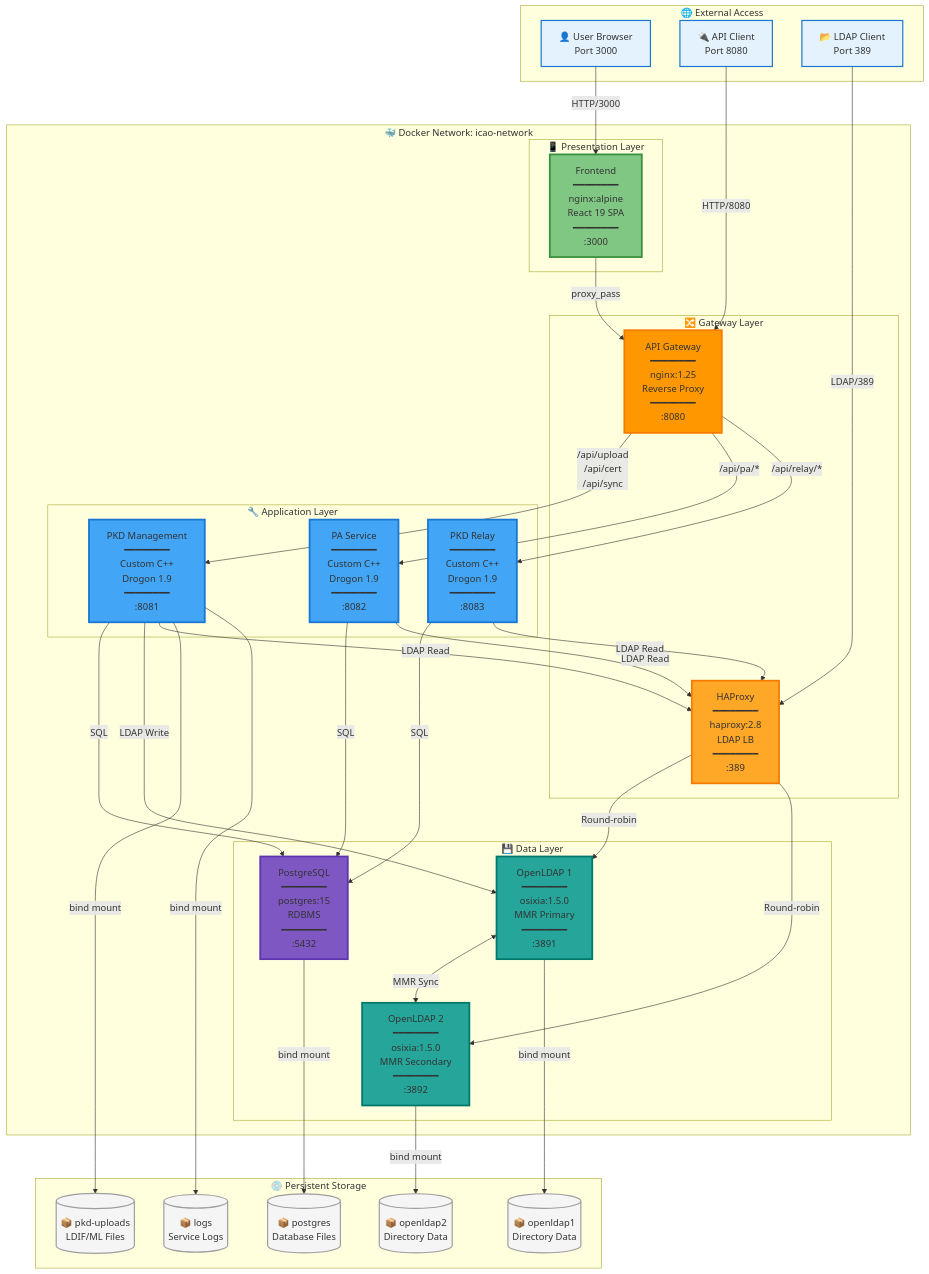
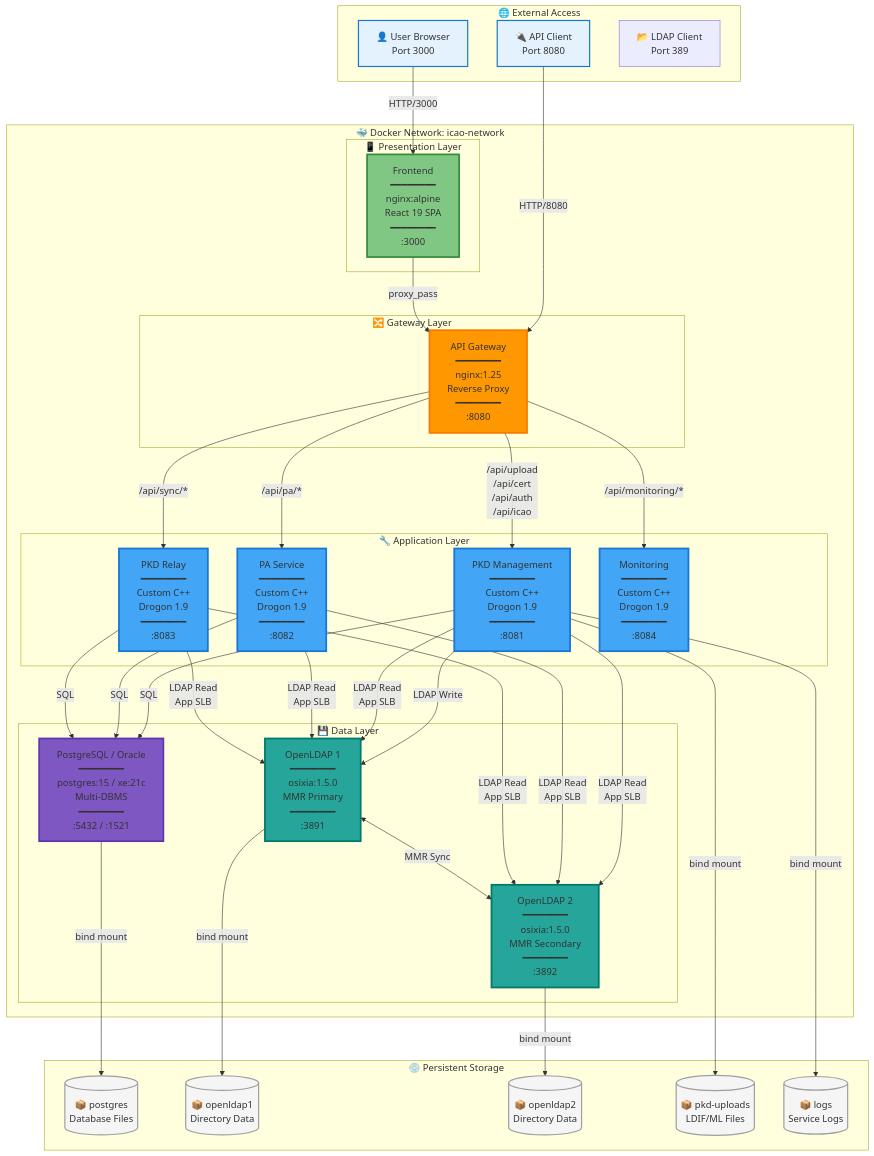
Diagram 13 of 16 in docs/SOFTWARE_ARCHITECTURE.md (iland112/icao-local-pkd-cpp), drawn with Mermaid before and after one commit. The commit also changed other lines of this file and 7 other files, not shown here.

First line of the commit message:
docs: Update all documentation to v2.11.0 — architecture rewrite, security audit resolution, version sync

```diff
--- a/docs/SOFTWARE_ARCHITECTURE.md
+++ b/docs/SOFTWARE_ARCHITECTURE.md
@@ -966,17 +1038,17 @@
 
         subgraph Gateway["🔀 Gateway Layer"]
             APIGateway["API Gateway<br/>━━━━━━━━<br/>nginx:1.25<br/>Reverse Proxy<br/>━━━━━━━━<br/>:8080"]
-            HAProxy["HAProxy<br/>━━━━━━━━<br/>haproxy:2.8<br/>LDAP LB<br/>━━━━━━━━<br/>:389"]
         end
 
         subgraph Application["🔧 Application Layer"]
             PKD["PKD Management<br/>━━━━━━━━<br/>Custom C++<br/>Drogon 1.9<br/>━━━━━━━━<br/>:8081"]
             PA["PA Service<br/>━━━━━━━━<br/>Custom C++<br/>Drogon 1.9<br/>━━━━━━━━<br/>:8082"]
             Relay["PKD Relay<br/>━━━━━━━━<br/>Custom C++<br/>Drogon 1.9<br/>━━━━━━━━<br/>:8083"]
+            Mon["Monitoring<br/>━━━━━━━━<br/>Custom C++<br/>Drogon 1.9<br/>━━━━━━━━<br/>:8084"]
         end
 
         subgraph DataLayer["💾 Data Layer"]
-            PG["PostgreSQL<br/>━━━━━━━━<br/>postgres:15<br/>RDBMS<br/>━━━━━━━━<br/>:5432"]
+            PG["PostgreSQL / Oracle<br/>━━━━━━━━<br/>postgres:15 / xe:21c<br/>Multi-DBMS<br/>━━━━━━━━<br/>:5432 / :1521"]
             LDAP1["OpenLDAP 1<br/>━━━━━━━━<br/>osixia:1.5.0<br/>MMR Primary<br/>━━━━━━━━<br/>:3891"]
             LDAP2["OpenLDAP 2<br/>━━━━━━━━<br/>osixia:1.5.0<br/>MMR Secondary<br/>━━━━━━━━<br/>:3892"]
         end
@@ -993,15 +1065,15 @@
     %% External to Docker Network
     User -->|HTTP/3000| Frontend
     APIClient -->|HTTP/8080| APIGateway
-    LDAPClient -->|LDAP/389| HAProxy
 
     %% Presentation to Gateway
     Frontend -->|proxy_pass| APIGateway
 
     %% Gateway to Application
-    APIGateway -->|/api/upload<br/>/api/cert<br/>/api/sync| PKD
+    APIGateway -->|/api/upload<br/>/api/cert<br/>/api/auth<br/>/api/icao| PKD
     APIGateway -->|/api/pa/*| PA
-    APIGateway -->|/api/relay/*| Relay
+    APIGateway -->|/api/sync/*| Relay
+    APIGateway -->|/api/monitoring/*| Mon
 
     %% Application to Data Layer
     PKD -->|SQL| PG
@@ -1009,12 +1081,12 @@
     Relay -->|SQL| PG
 
     PKD -->|LDAP Write| LDAP1
-    PKD -->|LDAP Read| HAProxy
-    PA -->|LDAP Read| HAProxy
-    Relay -->|LDAP Read| HAProxy
-
-    HAProxy -->|Round-robin| LDAP1
-    HAProxy -->|Round-robin| LDAP2
+    PKD -->|LDAP Read<br/>App SLB| LDAP1
+    PKD -->|LDAP Read<br/>App SLB| LDAP2
+    PA -->|LDAP Read<br/>App SLB| LDAP1
+    PA -->|LDAP Read<br/>App SLB| LDAP2
+    Relay -->|LDAP Read<br/>App SLB| LDAP1
+    Relay -->|LDAP Read<br/>App SLB| LDAP2
 
     %% Data Layer Replication
     LDAP1 <-->|MMR Sync| LDAP2
@@ -1029,19 +1101,18 @@
     %% Styling - External
     style User fill:#E3F2FD,stroke:#1976D2,stroke-width:2px
     style APIClient fill:#E3F2FD,stroke:#1976D2,stroke-width:2px
-    style LDAPClient fill:#E3F2FD,stroke:#1976D2,stroke-width:2px
 
     %% Styling - Presentation
     style Frontend fill:#81C784,stroke:#388E3C,stroke-width:3px
 
     %% Styling - Gateway
     style APIGateway fill:#FF9800,stroke:#F57C00,stroke-width:3px
-    style HAProxy fill:#FFA726,stroke:#F57C00,stroke-width:3px
 
     %% Styling - Application
     style PKD fill:#42A5F5,stroke:#1976D2,stroke-width:3px
     style PA fill:#42A5F5,stroke:#1976D2,stroke-width:3px
     style Relay fill:#42A5F5,stroke:#1976D2,stroke-width:3px
+    style Mon fill:#42A5F5,stroke:#1976D2,stroke-width:3px
 
     %% Styling - Data Layer
     style PG fill:#7E57C2,stroke:#5E35B1,stroke-width:3px
```
